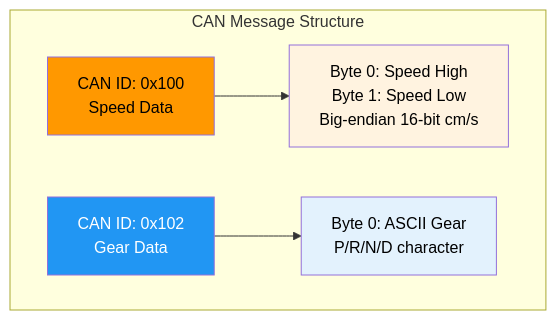
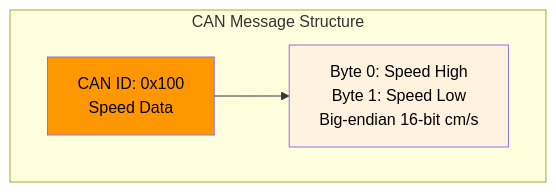
The seventh of 8 diagrams in README.md (saicharansathyam/Instrument-Cluster), drawn with Mermaid before and after one commit. The commit also changed other lines of this file, not shown here.

````diff
--- a/README.md
+++ b/README.md
@@ -181,13 +196,9 @@
 ```mermaid
 graph TD
     subgraph "CAN Message Structure"
         A[CAN ID: 0x100<br/>Speed Data] --> B[Byte 0: Speed High<br/>Byte 1: Speed Low<br/>Big-endian 16-bit cm/s]
-        
-        C[CAN ID: 0x102<br/>Gear Data] --> D[Byte 0: ASCII Gear<br/>P/R/N/D character]
     end
     
     style A fill:#ff9800,color:#000
-    style C fill:#2196f3,color:#fff
     style B fill:#fff3e0,color:#000
-    style D fill:#e3f2fd,color:#000
 ```
````
